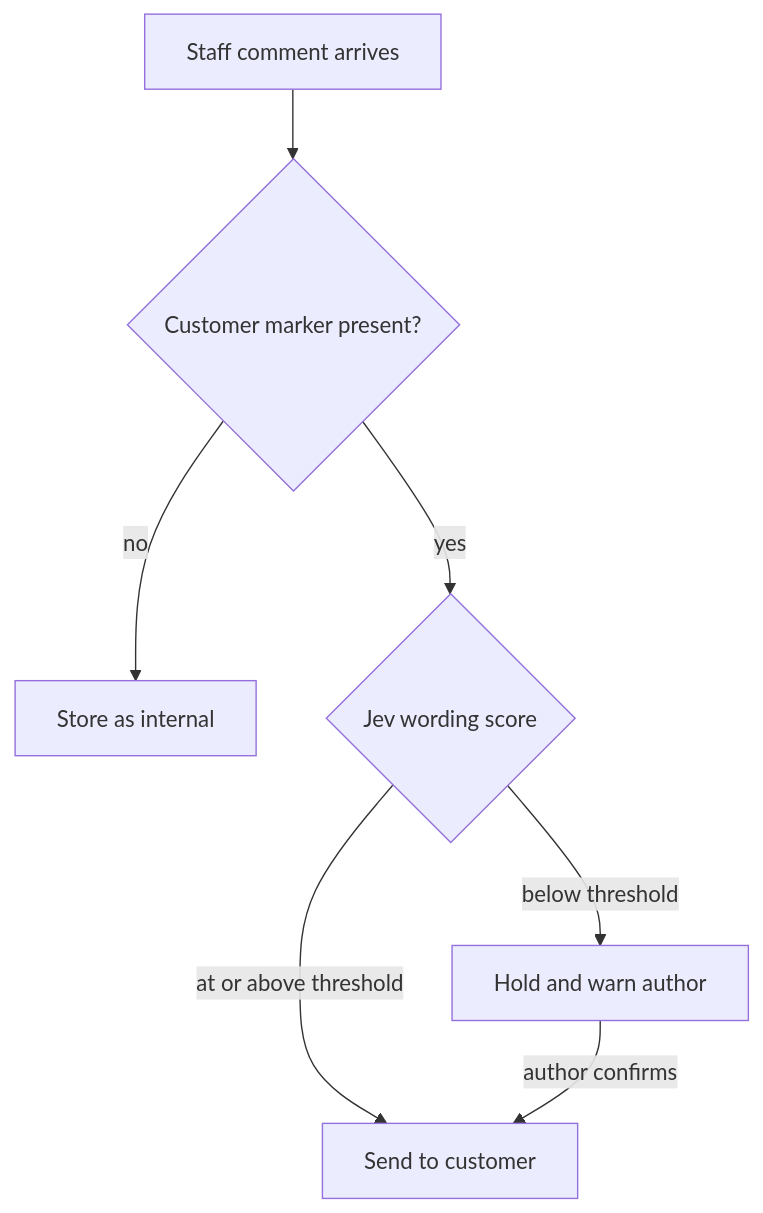
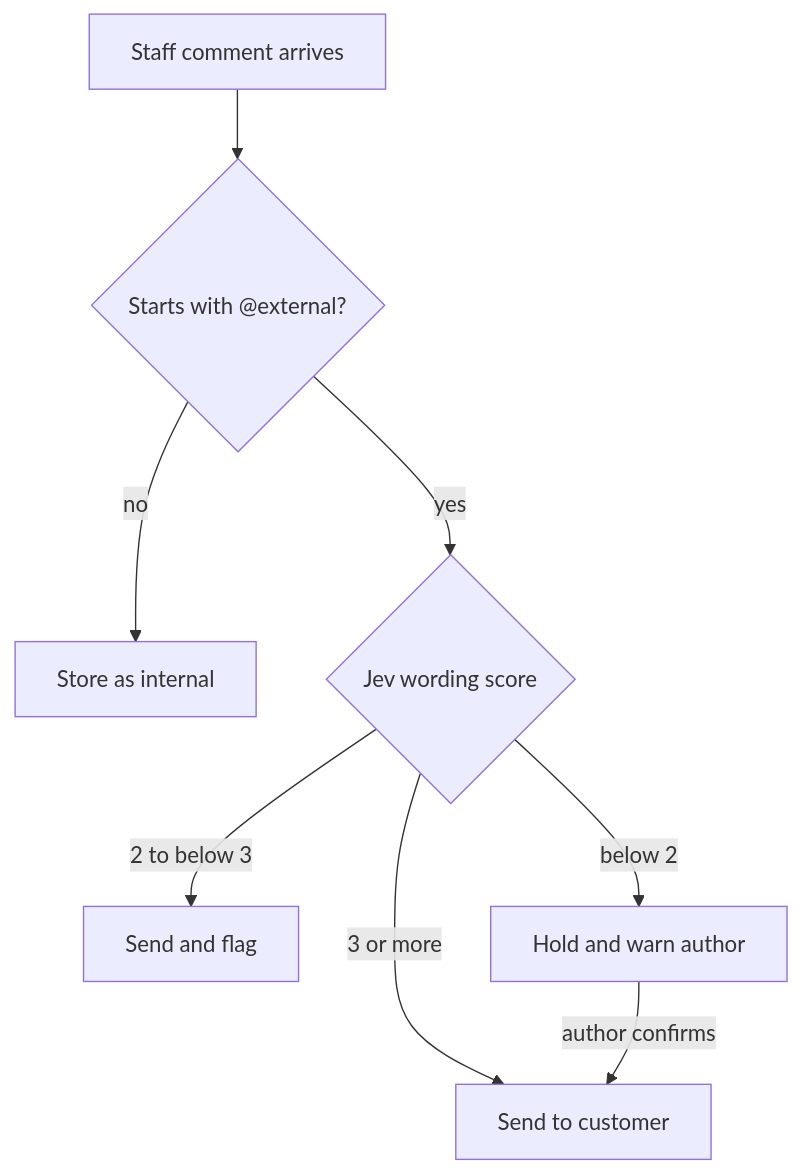
Before and after one commit to pressw-llc/pw-customer-support: the second of 3 diagrams in docs/plans/customer-support-v1/PRD.md, drawn with Mermaid. The commit also changed other lines of this file, not shown here.

````diff
--- a/docs/plans/customer-support-v1/PRD.md
+++ b/docs/plans/customer-support-v1/PRD.md
@@ -128,9 +129,10 @@
 ```mermaid
 flowchart TD
-    S[Staff comment arrives] --> M{Customer marker present?}
+    S[Staff comment arrives] --> M{Starts with @external?}
     M -- no --> I[Store as internal]
     M -- yes --> W{Jev wording score}
-    W -- at or above threshold --> P[Send to customer]
-    W -- below threshold --> F[Hold and warn author]
+    W -- 3 or more --> P[Send to customer]
+    W -- 2 to below 3 --> G[Send and flag]
+    W -- below 2 --> F[Hold and warn author]
     F -- author confirms --> P
 ```
````
